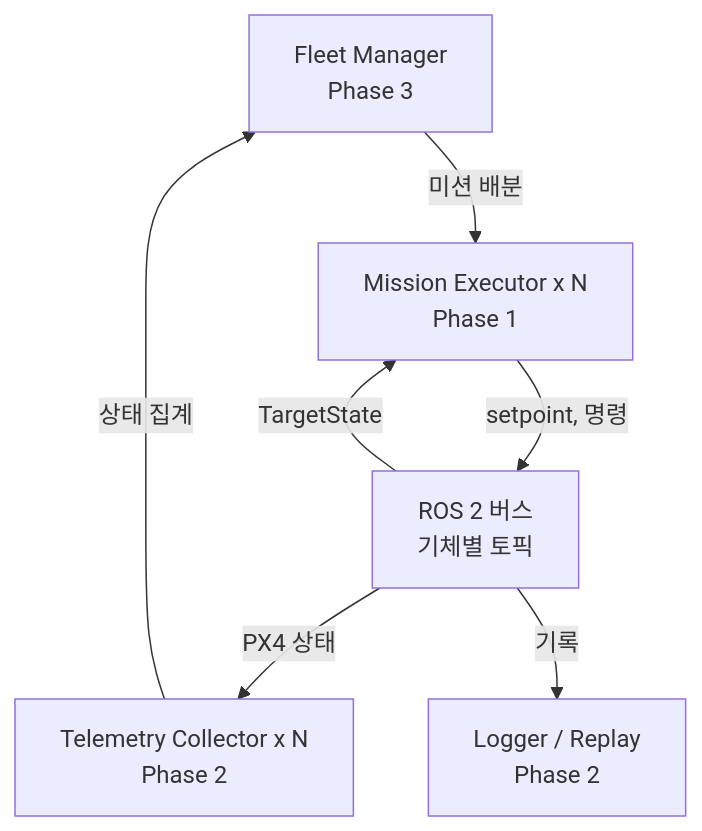
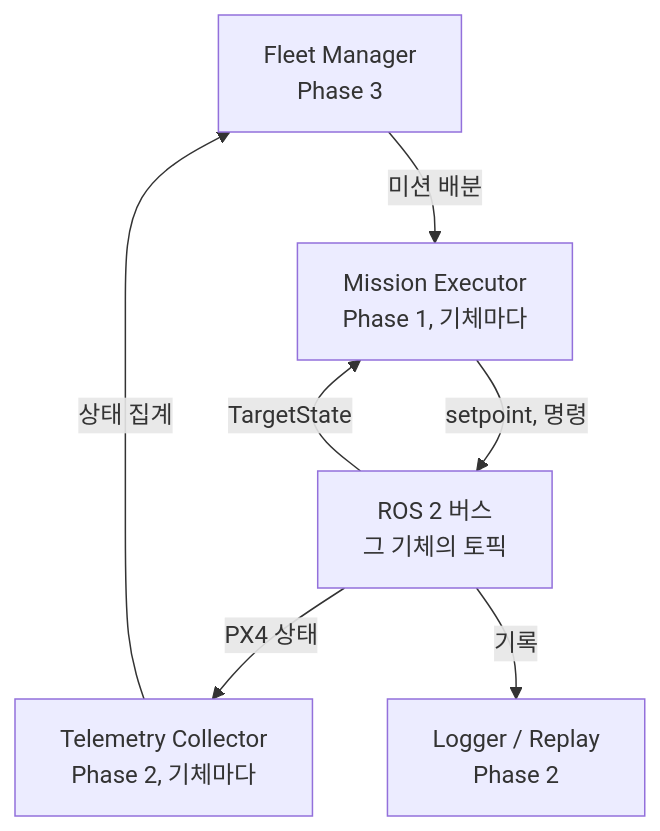
The third of 9 diagrams in docs/architecture.md (danielhongwoo/idsim), drawn with Mermaid before and after one commit. The commit also changed other lines of this file and 2 other files, not shown here.

First line of the commit message:
큰 그림을 실기체 환경으로 그린다: ROS 2 버스는 기체마다 하나, 지상과는 지상 링크

````diff
--- a/docs/architecture.md
+++ b/docs/architecture.md
@@ -115,15 +114,15 @@
 ```mermaid
 flowchart TB
   FM["Fleet Manager<br/>Phase 3"]
-  ME["Mission Executor x N<br/>Phase 1"]
-  TC["Telemetry Collector x N<br/>Phase 2"]
+  ME["Mission Executor<br/>Phase 1, 기체마다"]
+  TC["Telemetry Collector<br/>Phase 2, 기체마다"]
   LR["Logger / Replay<br/>Phase 2"]
-  BUS["ROS 2 버스<br/>기체별 토픽"]
+  BUS["ROS 2 버스<br/>그 기체의 토픽"]
 
   FM -->|"미션 배분"| ME
   TC -->|"상태 집계"| FM
   ME -->|"setpoint, 명령"| BUS
   BUS -->|"TargetState"| ME
   BUS -->|"PX4 상태"| TC
   BUS -->|"기록"| LR
 ```
````
